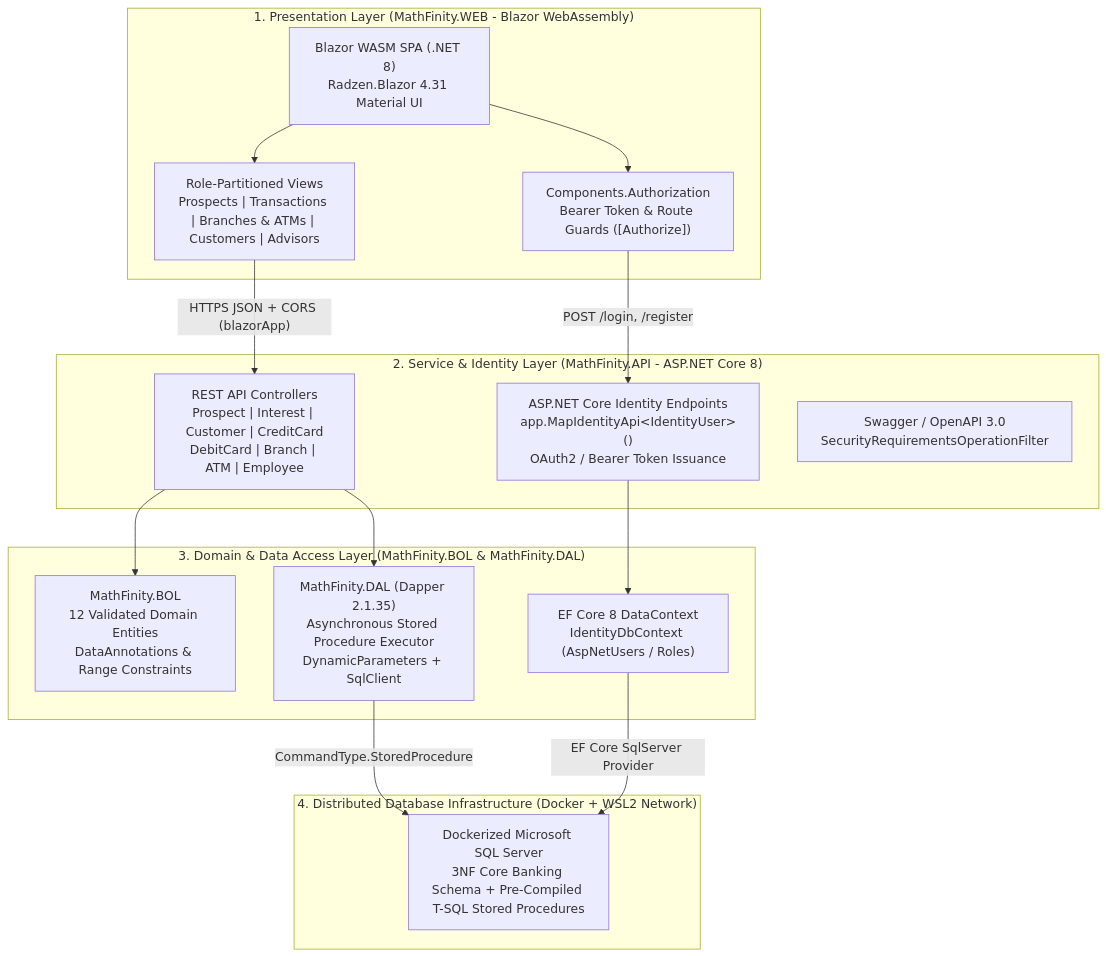
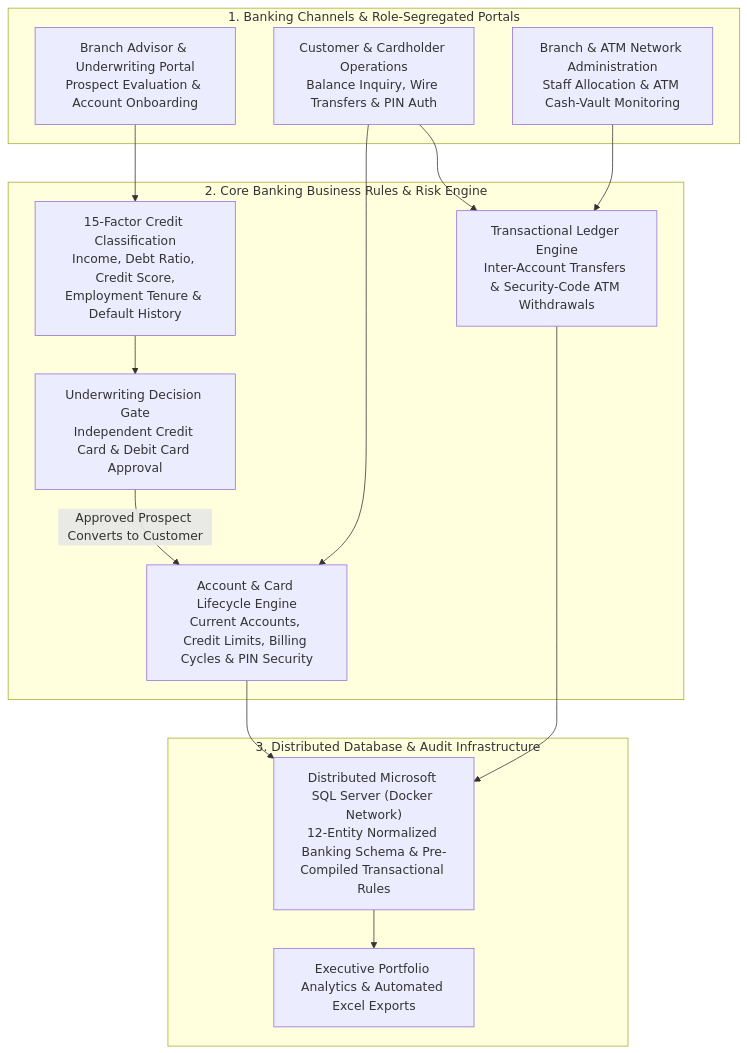
The first of 2 diagrams in pages/database/banking_application.md (Oscar-lizarraga/oscar-lizarraga.github.io), drawn with Mermaid before and after one commit. The commit also changed other lines of this file and 3 other files, not shown here.

Commit message:
MathFinity Fixes

````diff
--- a/pages/database/banking_application.md
+++ b/pages/database/banking_application.md
@@ -83,34 +146,30 @@
 ```mermaid
 flowchart TD
-    subgraph ClientLayer["1. Presentation Layer (MathFinity.WEB - Blazor WebAssembly)"]
-        WASM["Blazor WASM SPA (.NET 8)<br/>Radzen.Blazor 4.31 Material UI"]
-        Views["Role-Partitioned Views<br/>Prospects | Transactions | Branches & ATMs | Customers | Advisors"]
-        AuthClient["Components.Authorization<br/>Bearer Token & Route Guards ([Authorize])"]
-        WASM --> Views
-        WASM --> AuthClient
+    subgraph Channels["1. Banking Channels & Role-Segregated Portals"]
+        AdvisorPortal["Branch Advisor & Underwriting Portal<br/>Prospect Evaluation & Account Onboarding"]
+        CustomerPortal["Customer & Cardholder Operations<br/>Balance Inquiry, Wire Transfers & PIN Auth"]
+        BranchAdmin["Branch & ATM Network Administration<br/>Staff Allocation & ATM Cash-Vault Monitoring"]
     end
 
-    subgraph APILayer["2. Service & Identity Layer (MathFinity.API - ASP.NET Core 8)"]
-        IdentityAPI["ASP.NET Core Identity Endpoints<br/>app.MapIdentityApi&lt;IdentityUser&gt;()<br/>OAuth2 / Bearer Token Issuance"]
-        Controllers["REST API Controllers<br/>Prospect | Interest | Customer | CreditCard<br/>DebitCard | Branch | ATM | Employee"]
-        Swagger["Swagger / OpenAPI 3.0<br/>SecurityRequirementsOperationFilter"]
+    subgraph CoreBusiness["2. Core Banking Business Rules & Risk Engine"]
+        RiskModel["15-Factor Credit Classification<br/>Income, Debt Ratio, Credit Score,<br/>Employment Tenure & Default History"]
+        Underwriting["Underwriting Decision Gate<br/>Independent Credit Card & Debit Card Approval"]
+        AccountCore["Account & Card Lifecycle Engine<br/>Current Accounts, Credit Limits, Billing Cycles & PIN Security"]
+        LedgerEngine["Transactional Ledger Engine<br/>Inter-Account Transfers & Security-Code ATM Withdrawals"]
     end
 
-    subgraph DomainDAL["3. Domain & Data Access Layer (MathFinity.BOL & MathFinity.DAL)"]
-        BOL["MathFinity.BOL<br/>12 Validated Domain Entities<br/>DataAnnotations & Range Constraints"]
-        EFContext["EF Core 8 DataContext<br/>IdentityDbContext (AspNetUsers / Roles)"]
-        DapperDAL["MathFinity.DAL (Dapper 2.1.35)<br/>Asynchronous Stored Procedure Executor<br/>DynamicParameters + SqlClient"]
+    subgraph DataGovernance["3. Distributed Database & Audit Infrastructure"]
+        DistributedDB["Distributed Microsoft SQL Server (Docker Network)<br/>12-Entity Normalized Banking Schema & Pre-Compiled Transactional Rules"]
+        Reporting["Executive Portfolio Analytics & Automated Excel Exports"]
     end
 
-    subgraph DatabaseLayer["4. Distributed Database Infrastructure (Docker + WSL2 Network)"]
-        SQLContainer["Dockerized Microsoft SQL Server<br/>3NF Core Banking Schema + Pre-Compiled T-SQL Stored Procedures"]
-    end
-
-    Views -->|"HTTPS JSON + CORS (blazorApp)"| Controllers
-    AuthClient -->|"POST /login, /register"| IdentityAPI
-    IdentityAPI --> EFContext
-    Controllers --> BOL
-    Controllers --> DapperDAL
-    EFContext -->|"EF Core SqlServer Provider"| SQLContainer
-    DapperDAL -->|"CommandType.StoredProcedure"| SQLContainer
+    AdvisorPortal --> RiskModel
+    RiskModel --> Underwriting
+    Underwriting -->|"Approved Prospect Converts to Customer"| AccountCore
+    CustomerPortal --> AccountCore
+    CustomerPortal --> LedgerEngine
+    BranchAdmin --> LedgerEngine
+    AccountCore --> DistributedDB
+    LedgerEngine --> DistributedDB
+    DistributedDB --> Reporting
 ```
````
